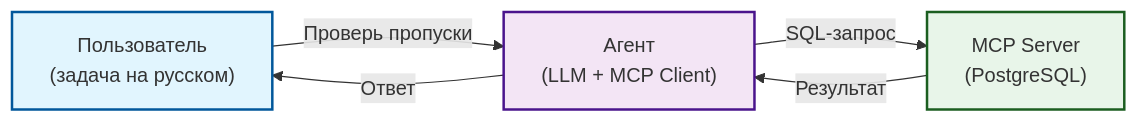
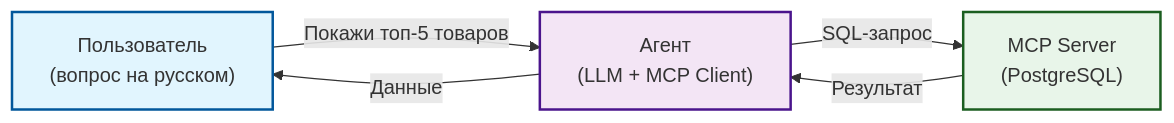
One commit to nconichtchenko-arch/data-quality-agent changed the diagram in README.md. Above: the diagram before and after it, drawn with Mermaid. The commit also changed other lines of this file, not shown here.

````diff
--- a/README.md
+++ b/README.md
@@ -21,15 +23,15 @@
 ```mermaid
 graph LR
-    User["Пользователь<br/>(задача на русском)"] -->|"Проверь пропуски"| Agent["Агент<br/>(LLM + MCP Client)"]
+    User["Пользователь<br/>(вопрос на русском)"] -->|"Покажи топ-5 товаров"| Agent["Агент<br/>(LLM + MCP Client)"]
     Agent -->|"SQL-запрос"| MCP["MCP Server<br/>(PostgreSQL)"]
     MCP -->|"Результат"| Agent
-    Agent -->|"Ответ"| User
+    Agent -->|"Данные"| User
     
     classDef user fill:#e1f5fe,stroke:#01579b,stroke-width:2px;
     classDef agent fill:#f3e5f5,stroke:#4a148c,stroke-width:2px;
     classDef mcp fill:#e8f5e9,stroke:#1b5e20,stroke-width:2px;
     
     class User user;
     class Agent agent;
     class MCP mcp;
 ```
````
